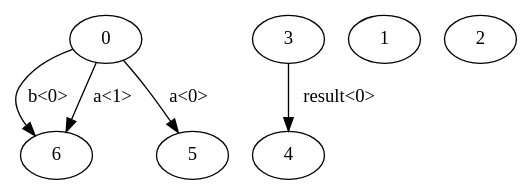
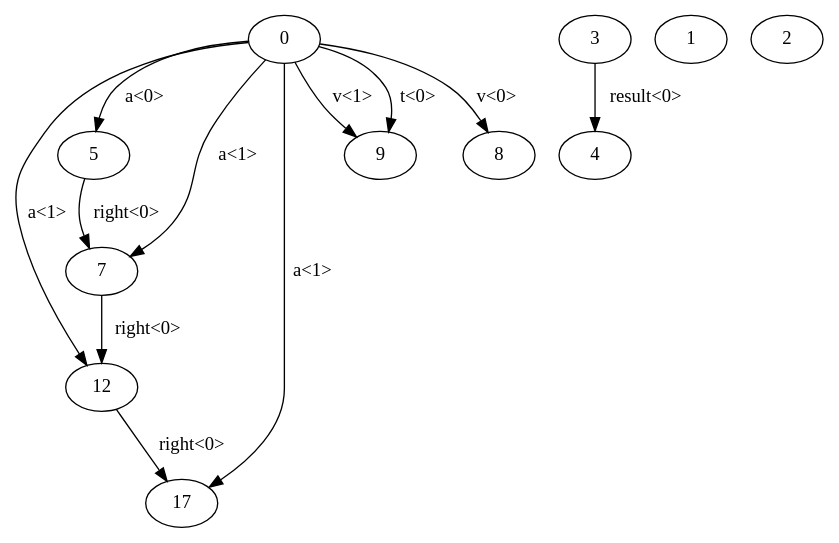
Before and after one commit to varivera/aliasing-java: the diagram in AliasingImpl/source/test.dot, drawn with Graphviz. The commit also changed 2 other files, not shown here.

```diff
--- a/AliasingImpl/source/test.dot
+++ b/AliasingImpl/source/test.dot
@@ -1,13 +1,24 @@
 digraph G {
-n0->n6 [label="b<0>"]
-n0->n6 [label="a<1>"]
+n12->n17 [label="right<0>"]
+n7->n12 [label="right<0>"]
+n5->n7 [label="right<0>"]
+n0->n9 [label="t<0>"]
+n0->n9 [label="v<1>"]
+n0->n8 [label="v<0>"]
+n0->n12 [label="a<1>"]
+n0->n7 [label="a<1>"]
+n0->n17 [label="a<1>"]
 n0->n5 [label="a<0>"]
 n0[label="0"]
+n17[label="17"]
 n5[label="5"]
-n6[label="6"]
+n7[label="7"]
+n8[label="8"]
+n9[label="9"]
+n12[label="12"]
 n3->n4 [label="result<0>"]
 n3[label="3"]
 n4[label="4"]
 n1[label="1"]
 n2[label="2"]
 }
```
